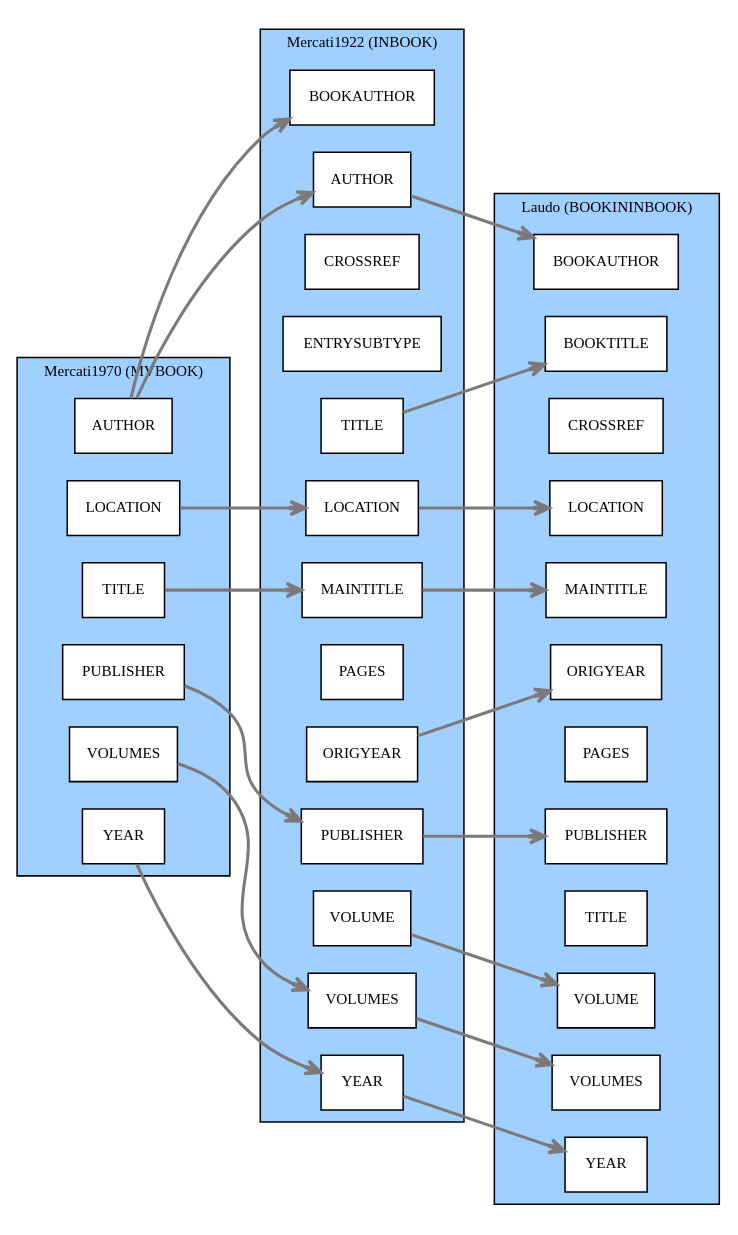
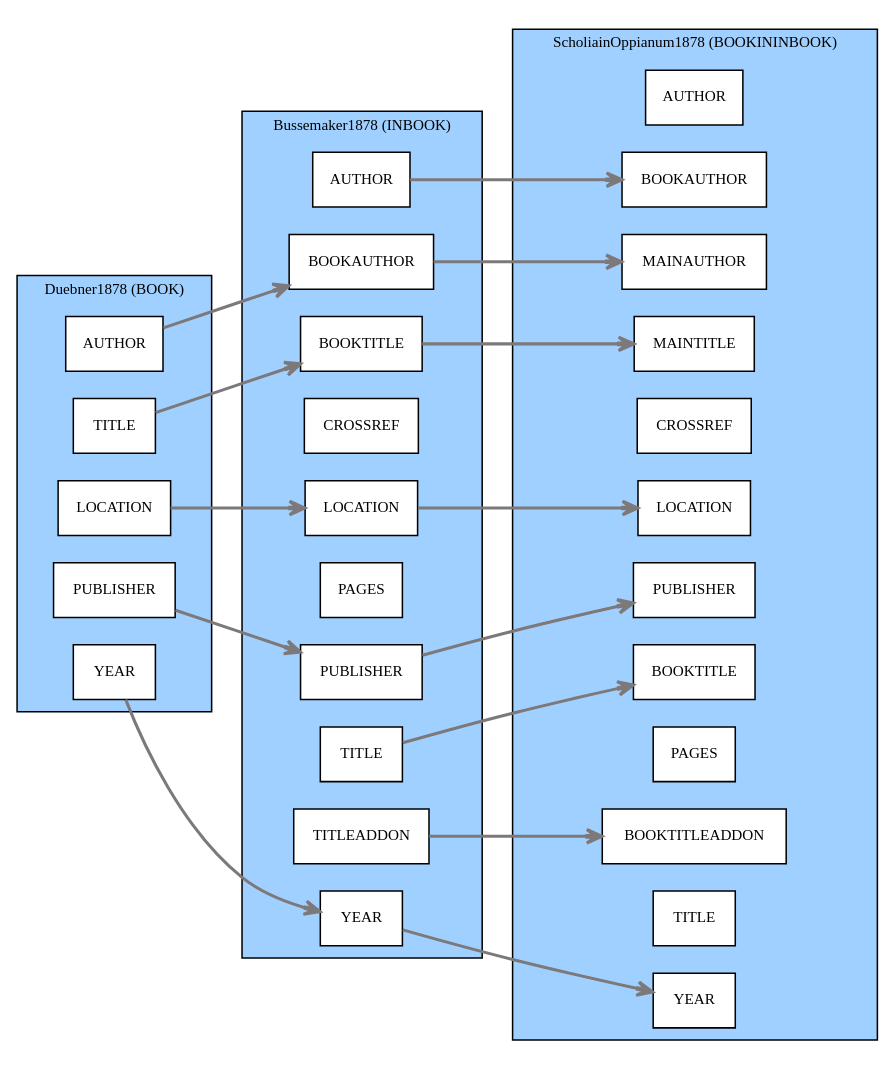
Before and after one commit to maieul/biblatex-bookinarticle: the diagram in documentation/example-bookininbook.dot, drawn with Graphviz. The commit also changed 1 other file, not shown here.

Commit message:
on va utiliser pour @bookininbook le modèle de @doc33 qui montre plus de cas

```diff
--- a/documentation/example-bookininbook.dot
+++ b/documentation/example-bookininbook.dot
@@ -1,85 +1,78 @@
 digraph Biberdata {
   compound = true;
   edge [ arrowhead=open ];
   graph [ style=filled, rankdir=LR ];
   node [
     fontsize=10,
     fillcolor=white,
     style=filled,
     shape=box ];
 
-  subgraph "cluster_section0/Laudo" {
+  subgraph "cluster_section0/Bussemaker1878" {
     fontsize="10";
-    label="Laudo (BOOKININBOOK)";
-    tooltip="Laudo (BOOKININBOOK)";
+    label="Bussemaker1878 (INBOOK)";
+    tooltip="Bussemaker1878 (INBOOK)";
     fillcolor="#a0d0ff";
 
-    "section0/Laudo/bookauthor" [ label="BOOKAUTHOR" ]
-    "section0/Laudo/booktitle" [ label="BOOKTITLE" ]
-    "section0/Laudo/crossref" [ label="CROSSREF" ]
-    "section0/Laudo/location" [ label="LOCATION" ]
-    "section0/Laudo/maintitle" [ label="MAINTITLE" ]
-    "section0/Laudo/origyear" [ label="ORIGYEAR" ]
-    "section0/Laudo/pages" [ label="PAGES" ]
-    "section0/Laudo/publisher" [ label="PUBLISHER" ]
-    "section0/Laudo/title" [ label="TITLE" ]
-    "section0/Laudo/volume" [ label="VOLUME" ]
-    "section0/Laudo/volumes" [ label="VOLUMES" ]
-    "section0/Laudo/year" [ label="YEAR" ]
+    "section0/Bussemaker1878/author" [ label="AUTHOR" ]
+    "section0/Bussemaker1878/bookauthor" [ label="BOOKAUTHOR" ]
+    "section0/Bussemaker1878/booktitle" [ label="BOOKTITLE" ]
+    "section0/Bussemaker1878/crossref" [ label="CROSSREF" ]
+    "section0/Bussemaker1878/location" [ label="LOCATION" ]
+    "section0/Bussemaker1878/pages" [ label="PAGES" ]
+    "section0/Bussemaker1878/publisher" [ label="PUBLISHER" ]
+    "section0/Bussemaker1878/title" [ label="TITLE" ]
+    "section0/Bussemaker1878/titleaddon" [ label="TITLEADDON" ]
+    "section0/Bussemaker1878/year" [ label="YEAR" ]
   }
 
-  subgraph "cluster_section0/Mercati1922" {
+  subgraph "cluster_section0/Duebner1878" {
     fontsize="10";
-    label="Mercati1922 (INBOOK)";
-    tooltip="Mercati1922 (INBOOK)";
+    label="Duebner1878 (BOOK)";
+    tooltip="Duebner1878 (BOOK)";
     fillcolor="#a0d0ff";
 
-    "section0/Mercati1922/author" [ label="AUTHOR" ]
-    "section0/Mercati1922/bookauthor" [ label="BOOKAUTHOR" ]
-    "section0/Mercati1922/crossref" [ label="CROSSREF" ]
-    "section0/Mercati1922/entrysubtype" [ label="ENTRYSUBTYPE" ]
-    "section0/Mercati1922/location" [ label="LOCATION" ]
-    "section0/Mercati1922/maintitle" [ label="MAINTITLE" ]
-    "section0/Mercati1922/origyear" [ label="ORIGYEAR" ]
-    "section0/Mercati1922/pages" [ label="PAGES" ]
-    "section0/Mercati1922/publisher" [ label="PUBLISHER" ]
-    "section0/Mercati1922/title" [ label="TITLE" ]
-    "section0/Mercati1922/volume" [ label="VOLUME" ]
-    "section0/Mercati1922/volumes" [ label="VOLUMES" ]
-    "section0/Mercati1922/year" [ label="YEAR" ]
+    "section0/Duebner1878/author" [ label="AUTHOR" ]
+    "section0/Duebner1878/location" [ label="LOCATION" ]
+    "section0/Duebner1878/publisher" [ label="PUBLISHER" ]
+    "section0/Duebner1878/title" [ label="TITLE" ]
+    "section0/Duebner1878/year" [ label="YEAR" ]
   }
 
-  subgraph "cluster_section0/Mercati1970" {
+  subgraph "cluster_section0/ScholiainOppianum1878" {
     fontsize="10";
-    label="Mercati1970 (MVBOOK)";
-    tooltip="Mercati1970 (MVBOOK)";
+    label="ScholiainOppianum1878 (BOOKININBOOK)";
+    tooltip="ScholiainOppianum1878 (BOOKININBOOK)";
     fillcolor="#a0d0ff";
 
-    "section0/Mercati1970/author" [ label="AUTHOR" ]
-    "section0/Mercati1970/location" [ label="LOCATION" ]
-    "section0/Mercati1970/publisher" [ label="PUBLISHER" ]
-    "section0/Mercati1970/title" [ label="TITLE" ]
-    "section0/Mercati1970/volumes" [ label="VOLUMES" ]
-    "section0/Mercati1970/year" [ label="YEAR" ]
+    "section0/ScholiainOppianum1878/author" [ label="AUTHOR" ]
+    "section0/ScholiainOppianum1878/bookauthor" [ label="BOOKAUTHOR" ]
+    "section0/ScholiainOppianum1878/booktitle" [ label="BOOKTITLE" ]
+    "section0/ScholiainOppianum1878/booktitleaddon" [ label="BOOKTITLEADDON" ]
+    "section0/ScholiainOppianum1878/crossref" [ label="CROSSREF" ]
+    "section0/ScholiainOppianum1878/location" [ label="LOCATION" ]
+    "section0/ScholiainOppianum1878/mainauthor" [ label="MAINAUTHOR" ]
+    "section0/ScholiainOppianum1878/maintitle" [ label="MAINTITLE" ]
+    "section0/ScholiainOppianum1878/pages" [ label="PAGES" ]
+    "section0/ScholiainOppianum1878/publisher" [ label="PUBLISHER" ]
+    "section0/ScholiainOppianum1878/title" [ label="TITLE" ]
+    "section0/ScholiainOppianum1878/year" [ label="YEAR" ]
   }
 
 
 
-  "section0/Mercati1922/author" -> "section0/Laudo/bookauthor" [ penwidth="2.0", color="#7d7879", tooltip="Laudo/BOOKAUTHOR inherited via CROSSREF from Mercati1922/AUTHOR" ]
-  "section0/Mercati1922/location" -> "section0/Laudo/location" [ penwidth="2.0", color="#7d7879", tooltip="Laudo/LOCATION inherited via CROSSREF from Mercati1922/LOCATION" ]
-  "section0/Mercati1922/maintitle" -> "section0/Laudo/maintitle" [ penwidth="2.0", color="#7d7879", tooltip="Laudo/MAINTITLE inherited via CROSSREF from Mercati1922/MAINTITLE" ]
-  "section0/Mercati1922/origyear" -> "section0/Laudo/origyear" [ penwidth="2.0", color="#7d7879", tooltip="Laudo/ORIGYEAR inherited via CROSSREF from Mercati1922/ORIGYEAR" ]
-  "section0/Mercati1922/publisher" -> "section0/Laudo/publisher" [ penwidth="2.0", color="#7d7879", tooltip="Laudo/PUBLISHER inherited via CROSSREF from Mercati1922/PUBLISHER" ]
-  "section0/Mercati1922/title" -> "section0/Laudo/booktitle" [ penwidth="2.0", color="#7d7879", tooltip="Laudo/BOOKTITLE inherited via CROSSREF from Mercati1922/TITLE" ]
-  "section0/Mercati1922/volume" -> "section0/Laudo/volume" [ penwidth="2.0", color="#7d7879", tooltip="Laudo/VOLUME inherited via CROSSREF from Mercati1922/VOLUME" ]
-  "section0/Mercati1922/volumes" -> "section0/Laudo/volumes" [ penwidth="2.0", color="#7d7879", tooltip="Laudo/VOLUMES inherited via CROSSREF from Mercati1922/VOLUMES" ]
-  "section0/Mercati1922/year" -> "section0/Laudo/year" [ penwidth="2.0", color="#7d7879", tooltip="Laudo/YEAR inherited via CROSSREF from Mercati1922/YEAR" ]
-  "section0/Mercati1970/author" -> "section0/Mercati1922/author" [ penwidth="2.0", color="#7d7879", tooltip="Mercati1922/AUTHOR inherited via CROSSREF from Mercati1970/AUTHOR" ]
-  "section0/Mercati1970/author" -> "section0/Mercati1922/bookauthor" [ penwidth="2.0", color="#7d7879", tooltip="Mercati1922/BOOKAUTHOR inherited via CROSSREF from Mercati1970/AUTHOR" ]
-  "section0/Mercati1970/location" -> "section0/Mercati1922/location" [ penwidth="2.0", color="#7d7879", tooltip="Mercati1922/LOCATION inherited via CROSSREF from Mercati1970/LOCATION" ]
-  "section0/Mercati1970/publisher" -> "section0/Mercati1922/publisher" [ penwidth="2.0", color="#7d7879", tooltip="Mercati1922/PUBLISHER inherited via CROSSREF from Mercati1970/PUBLISHER" ]
-  "section0/Mercati1970/title" -> "section0/Mercati1922/maintitle" [ penwidth="2.0", color="#7d7879", tooltip="Mercati1922/MAINTITLE inherited via CROSSREF from Mercati1970/TITLE" ]
-  "section0/Mercati1970/volumes" -> "section0/Mercati1922/volumes" [ penwidth="2.0", color="#7d7879", tooltip="Mercati1922/VOLUMES inherited via CROSSREF from Mercati1970/VOLUMES" ]
-  "section0/Mercati1970/year" -> "section0/Mercati1922/year" [ penwidth="2.0", color="#7d7879", tooltip="Mercati1922/YEAR inherited via CROSSREF from Mercati1970/YEAR" ]
+  "section0/Bussemaker1878/author" -> "section0/ScholiainOppianum1878/bookauthor" [ penwidth="2.0", color="#7d7879", tooltip="ScholiainOppianum1878/BOOKAUTHOR inherited via CROSSREF from Bussemaker1878/AUTHOR" ]
+  "section0/Bussemaker1878/bookauthor" -> "section0/ScholiainOppianum1878/mainauthor" [ penwidth="2.0", color="#7d7879", tooltip="ScholiainOppianum1878/MAINAUTHOR inherited via CROSSREF from Bussemaker1878/BOOKAUTHOR" ]
+  "section0/Bussemaker1878/booktitle" -> "section0/ScholiainOppianum1878/maintitle" [ penwidth="2.0", color="#7d7879", tooltip="ScholiainOppianum1878/MAINTITLE inherited via CROSSREF from Bussemaker1878/BOOKTITLE" ]
+  "section0/Bussemaker1878/location" -> "section0/ScholiainOppianum1878/location" [ penwidth="2.0", color="#7d7879", tooltip="ScholiainOppianum1878/LOCATION inherited via CROSSREF from Bussemaker1878/LOCATION" ]
+  "section0/Bussemaker1878/publisher" -> "section0/ScholiainOppianum1878/publisher" [ penwidth="2.0", color="#7d7879", tooltip="ScholiainOppianum1878/PUBLISHER inherited via CROSSREF from Bussemaker1878/PUBLISHER" ]
+  "section0/Bussemaker1878/title" -> "section0/ScholiainOppianum1878/booktitle" [ penwidth="2.0", color="#7d7879", tooltip="ScholiainOppianum1878/BOOKTITLE inherited via CROSSREF from Bussemaker1878/TITLE" ]
+  "section0/Bussemaker1878/titleaddon" -> "section0/ScholiainOppianum1878/booktitleaddon" [ penwidth="2.0", color="#7d7879", tooltip="ScholiainOppianum1878/BOOKTITLEADDON inherited via CROSSREF from Bussemaker1878/TITLEADDON" ]
+  "section0/Bussemaker1878/year" -> "section0/ScholiainOppianum1878/year" [ penwidth="2.0", color="#7d7879", tooltip="ScholiainOppianum1878/YEAR inherited via CROSSREF from Bussemaker1878/YEAR" ]
+  "section0/Duebner1878/author" -> "section0/Bussemaker1878/bookauthor" [ penwidth="2.0", color="#7d7879", tooltip="Bussemaker1878/BOOKAUTHOR inherited via CROSSREF from Duebner1878/AUTHOR" ]
+  "section0/Duebner1878/location" -> "section0/Bussemaker1878/location" [ penwidth="2.0", color="#7d7879", tooltip="Bussemaker1878/LOCATION inherited via CROSSREF from Duebner1878/LOCATION" ]
+  "section0/Duebner1878/publisher" -> "section0/Bussemaker1878/publisher" [ penwidth="2.0", color="#7d7879", tooltip="Bussemaker1878/PUBLISHER inherited via CROSSREF from Duebner1878/PUBLISHER" ]
+  "section0/Duebner1878/title" -> "section0/Bussemaker1878/booktitle" [ penwidth="2.0", color="#7d7879", tooltip="Bussemaker1878/BOOKTITLE inherited via CROSSREF from Duebner1878/TITLE" ]
+  "section0/Duebner1878/year" -> "section0/Bussemaker1878/year" [ penwidth="2.0", color="#7d7879", tooltip="Bussemaker1878/YEAR inherited via CROSSREF from Duebner1878/YEAR" ]
 
 }
```
